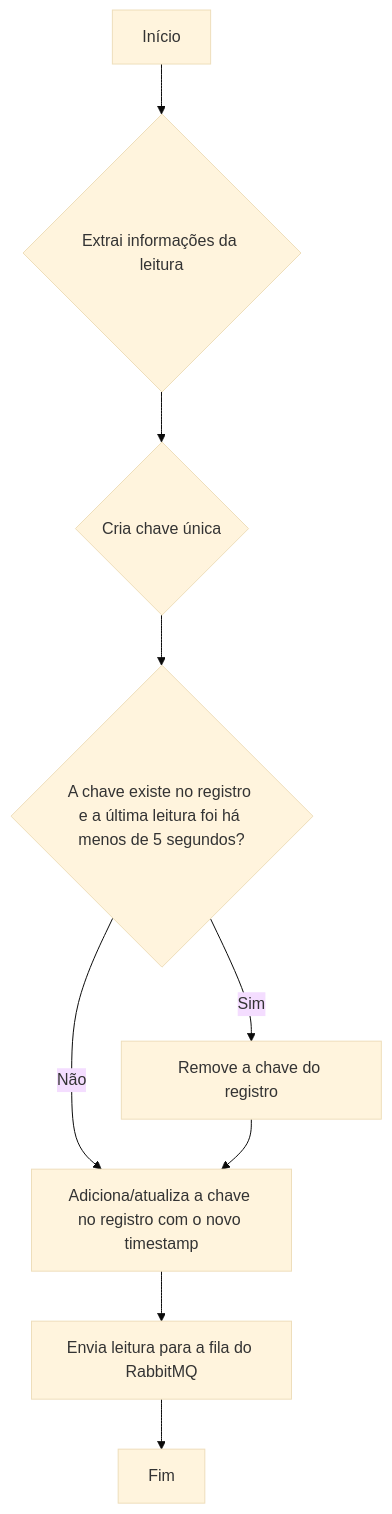
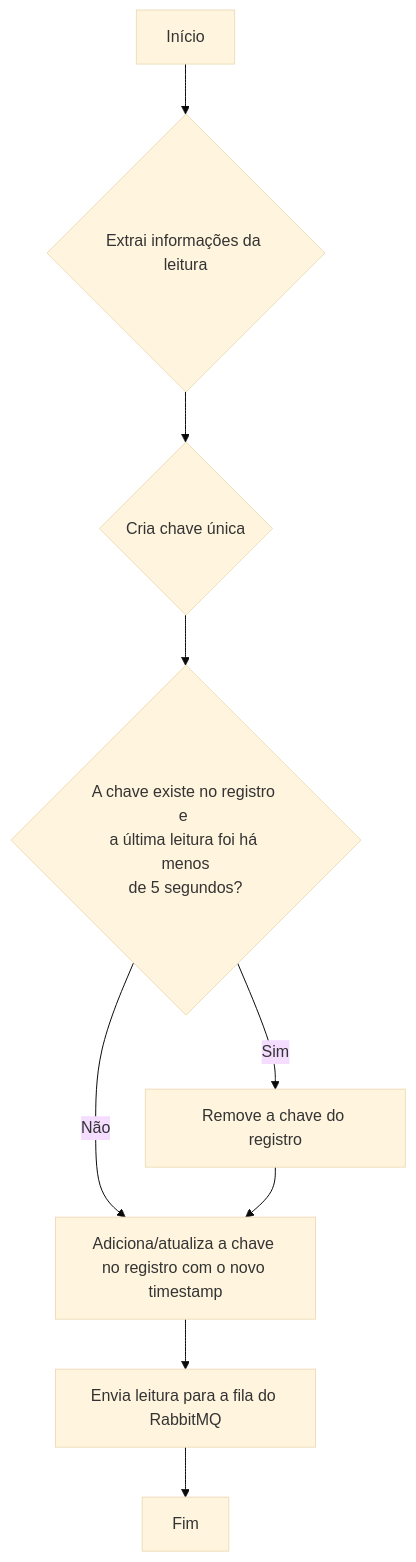
One commit to AntonioPagotto/RFID-Reader changed the diagram in Fluxograma-leitura.md. Above: the diagram before and after it, drawn with Mermaid (base theme).

````diff
--- a/Fluxograma-leitura.md
+++ b/Fluxograma-leitura.md
@@ -1,11 +1,11 @@
 ```mermaid
 graph TD
     A[Início] --> B{Extrai informações da leitura}
     B --> C{Cria chave única}
-    C --> D{A chave existe no registro e a última leitura foi há menos de 5 segundos?}
+    C --> D{A chave existe no registro e <br>a última leitura foi há menos<br>de 5 segundos?}
     D -- Não --> E[Adiciona/atualiza a chave no registro com o novo timestamp]
     D -- Sim --> F[Remove a chave do registro]
     F --> E
     E --> G[Envia leitura para a fila do RabbitMQ]
     G --> H[Fim]
 ```
````
